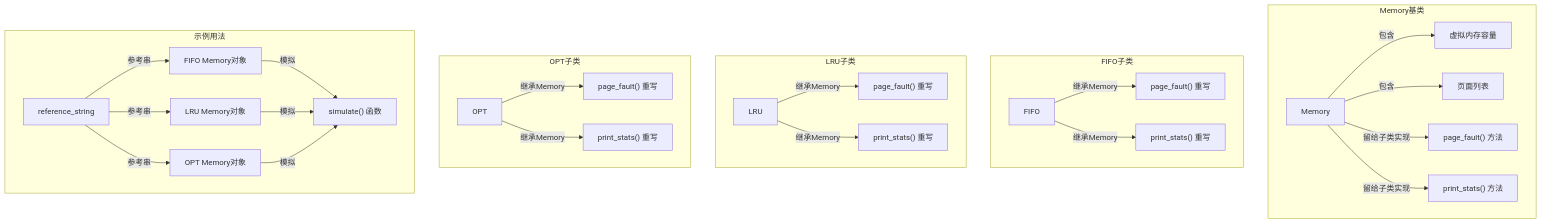
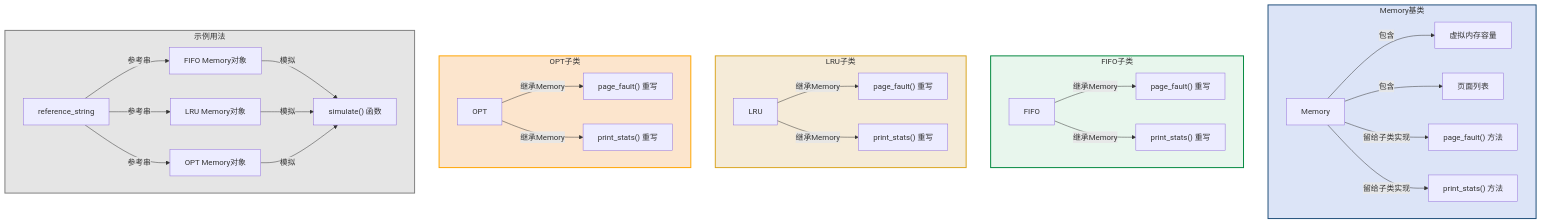
One commit to alex-1263/note changed the diagram in 00 Inbox/存储器管理实验流程图.md. Above: the diagram before and after it, drawn with Mermaid. The commit also changed 1 other file, not shown here.

Commit message:
vault backup: 2023-12-11 01:43:33

````diff
--- a/00 Inbox/存储器管理实验流程图.md
+++ b/00 Inbox/存储器管理实验流程图.md
@@ -1,59 +1,66 @@
 ```mermaid
-graph TB
+graph TD
+    style Memory基类 fill:#DCE4F7,stroke:#1F4E79,stroke-width:2px
+    style FIFO子类 fill:#E8F6ED,stroke:#00883E,stroke-width:2px
+    style LRU子类 fill:#F5EBD8,stroke:#DAA520,stroke-width:2px
+    style OPT子类 fill:#FCE5CD,stroke:#FFA500,stroke-width:2px
+    style 示例用法 fill:#E5E5E5,stroke:#808080,stroke-width:2px
+
     subgraph Memory基类
         A[Memory]
         B[虚拟内存容量]
         C[页面列表]
         D["page_fault() 方法"]
         E["print_stats() 方法"]
     end
 
     subgraph FIFO子类
         F[FIFO]
         G["page_fault() 重写"]
         H["print_stats() 重写"]
     end
 
     subgraph LRU子类
         I[LRU]
         J["page_fault() 重写"]
         K["print_stats() 重写"]
     end
 
     subgraph OPT子类
         L[OPT]
         M["page_fault() 重写"]
         N["print_stats() 重写"]
     end
 
     subgraph 示例用法
         O["reference_string"]
         P["FIFO Memory对象"]
         Q["LRU Memory对象"]
         R["OPT Memory对象"]
         S["simulate() 函数"]
     end
 
     A -->|包含| B
     A -->|包含| C
     A -->|留给子类实现| D
     A -->|留给子类实现| E
 
     F -->|继承Memory| G
     F -->|继承Memory| H
 
     I -->|继承Memory| J
     I -->|继承Memory| K
 
     L -->|继承Memory| M
     L -->|继承Memory| N
 
     O -->|参考串| P
     O -->|参考串| Q
     O -->|参考串| R
 
     P -->|模拟| S
     Q -->|模拟| S
     R -->|模拟| S
 
+
 ```
````
